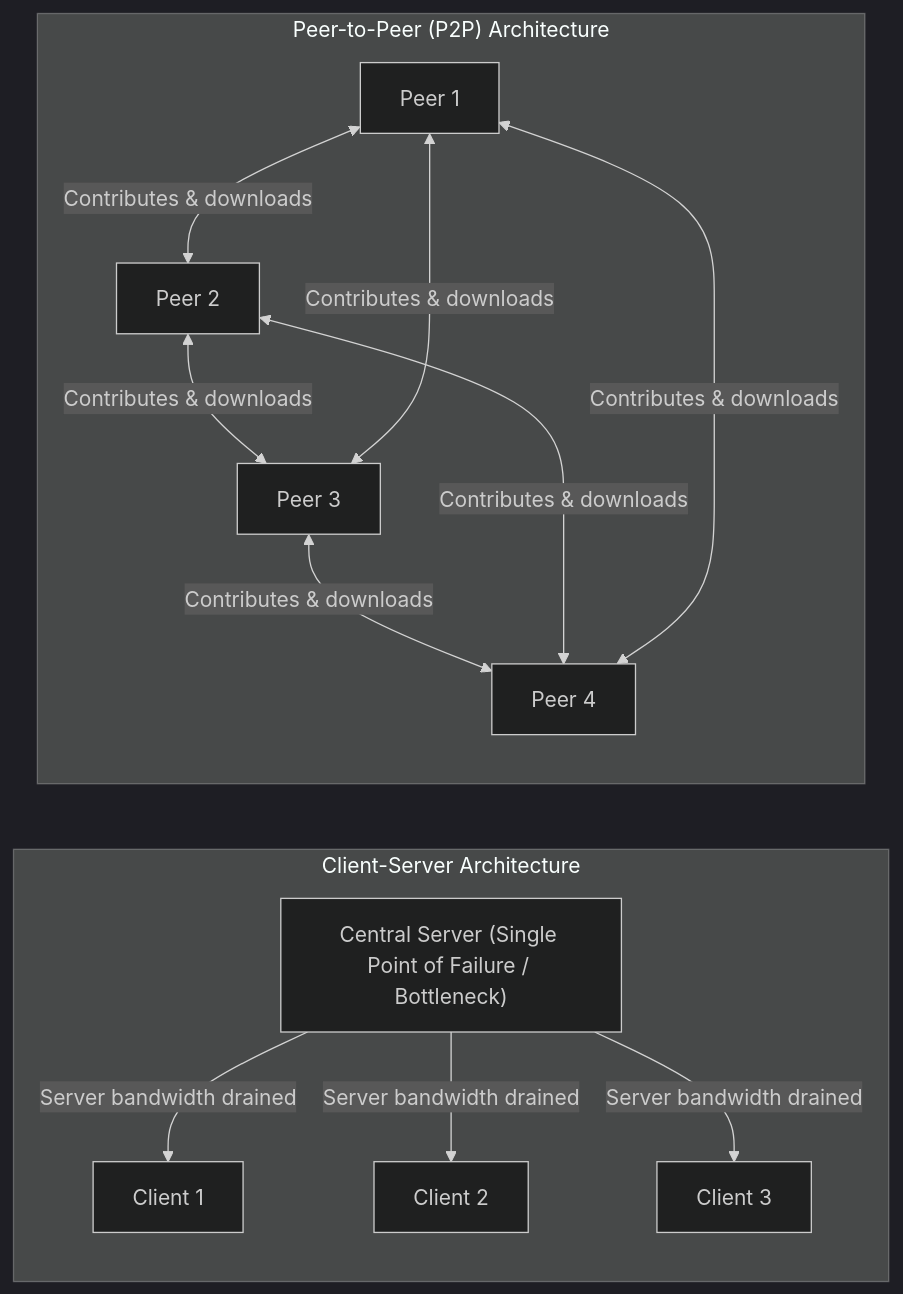
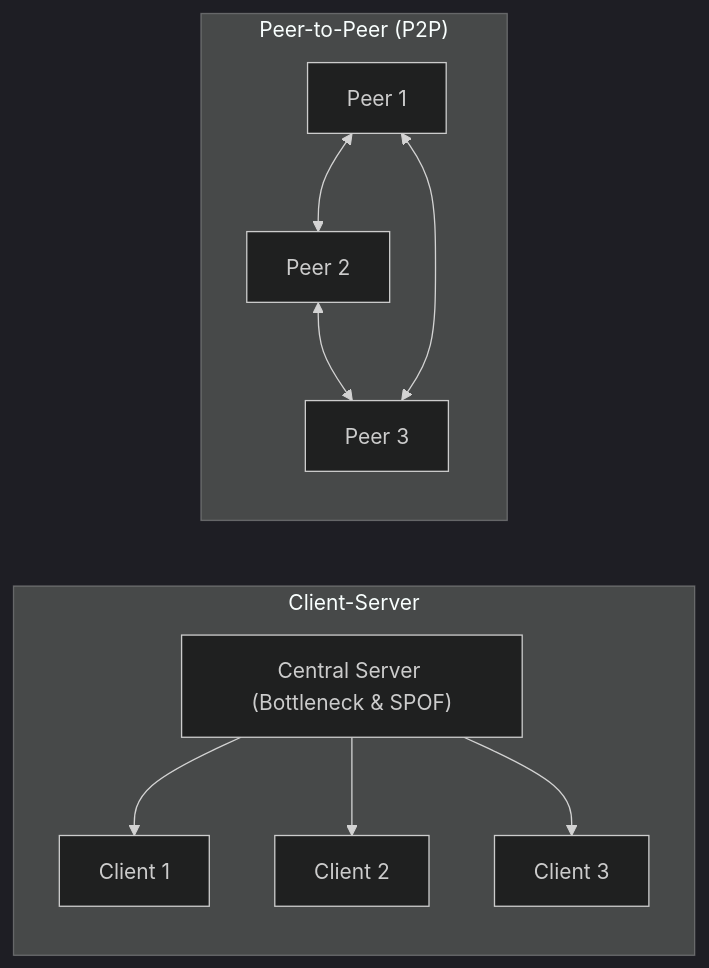
Before and after one commit to KhornVictor-Learning/DistributedSystems: the third of 6 diagrams in C2-System model/TP3.md, drawn with Mermaid (dark theme). The commit also changed other lines of this file, not shown here.

````diff
--- a/C2-System model/TP3.md
+++ b/C2-System model/TP3.md
@@ -317,29 +201,23 @@
 ```mermaid
 flowchart LR
-    subgraph CS["Client-Server Architecture"]
+    subgraph CS["Client-Server"]
         direction TB
-        Server["Central Server (Single Point of Failure / Bottleneck)"]
+        Server["Central Server (Bottleneck & SPOF)"]
         C1["Client 1"]
         C2["Client 2"]
         C3["Client 3"]
-
-        Server -->|"Server bandwidth drained"| C1
-        Server -->|"Server bandwidth drained"| C2
-        Server -->|"Server bandwidth drained"| C3
+        Server --> C1
+        Server --> C2
+        Server --> C3
     end
 
-    subgraph P2P["Peer-to-Peer (P2P) Architecture"]
+    subgraph P2P["Peer-to-Peer (P2P)"]
         direction TB
         P1["Peer 1"]
         P2["Peer 2"]
         P3["Peer 3"]
-        P4["Peer 4"]
-
-        P1 <-->|"Contributes & downloads"| P2
-        P2 <-->|"Contributes & downloads"| P3
-        P3 <-->|"Contributes & downloads"| P4
-        P4 <-->|"Contributes & downloads"| P1
-        P1 <-->|"Contributes & downloads"| P3
-        P2 <-->|"Contributes & downloads"| P4
+        P1 <--> P2
+        P2 <--> P3
+        P3 <--> P1
     end
 ```
````
